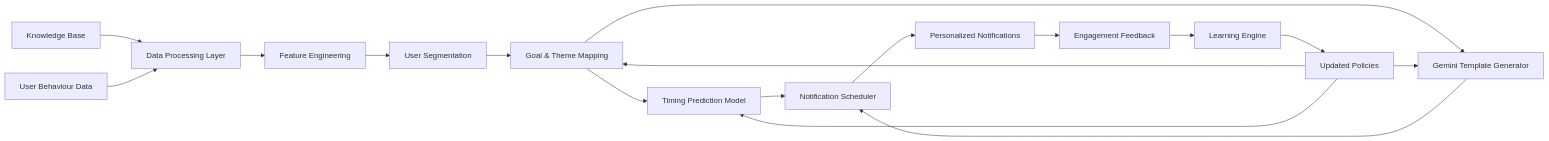
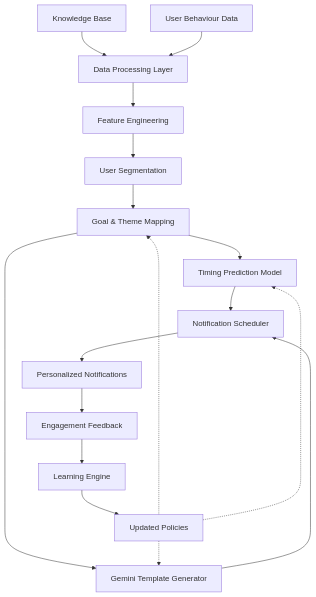
Before and after one commit to Taatvik/Project-Aurora: the diagram in README.md, drawn with Mermaid. The commit also changed other lines of this file, not shown here.

Commit message:
Revise system architecture in README
Updated system architecture diagram to improve clarity and readability.

````diff
--- a/README.md
+++ b/README.md
@@ -35,33 +33,28 @@
 ```mermaid
-flowchart LR
+flowchart TB
 
 A[Knowledge Base]
 B[User Behaviour Data]
 
 A --> C[Data Processing Layer]
 B --> C
 
 C --> D[Feature Engineering]
-
 D --> E[User Segmentation]
-
 E --> F[Goal & Theme Mapping]
 
 F --> G[Timing Prediction Model]
 F --> H[Gemini Template Generator]
 
 G --> I[Notification Scheduler]
 H --> I
 
 I --> J[Personalized Notifications]
-
 J --> K[Engagement Feedback]
-
 K --> L[Learning Engine]
-
 L --> M[Updated Policies]
 
-M --> F
-M --> G
-M --> H
+M -.-> F
+M -.-> G
+M -.-> H
 ```
````
